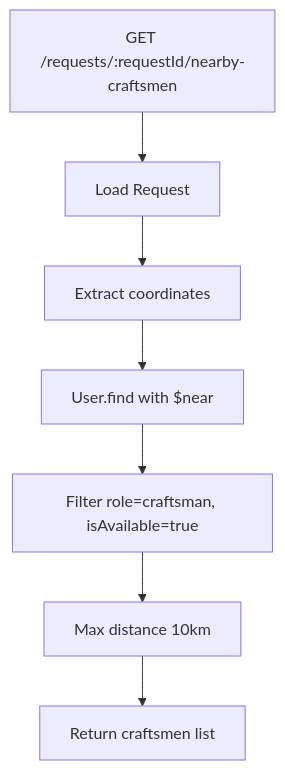
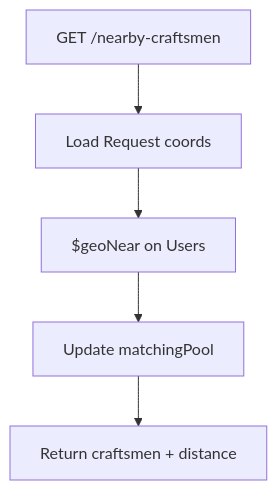
One commit to mohamedmadyan56/San3a-Fullstack changed the seventh of 15 diagrams in san3a-project/backend/SAN3A_BACKEND_DOCUMENTATION.md. Above: the diagram before and after it, drawn with Mermaid. The commit also changed other lines of this file, not shown here.

````diff
--- a/san3a-project/backend/SAN3A_BACKEND_DOCUMENTATION.md
+++ b/san3a-project/backend/SAN3A_BACKEND_DOCUMENTATION.md
@@ -1271,9 +877,7 @@
 ```mermaid
 flowchart TD
-    A[GET /requests/:requestId/nearby-craftsmen] --> B[Load Request]
-    B --> C[Extract coordinates]
-    C --> D[User.find with $near]
-    D --> E[Filter role=craftsman, isAvailable=true]
-    E --> F[Max distance 10km]
-    F --> G[Return craftsmen list]
+    A[GET /nearby-craftsmen] --> B[Load Request coords]
+    B --> C[$geoNear on Users]
+    C --> D[Update matchingPool]
+    D --> E[Return craftsmen + distance]
 ```
````
